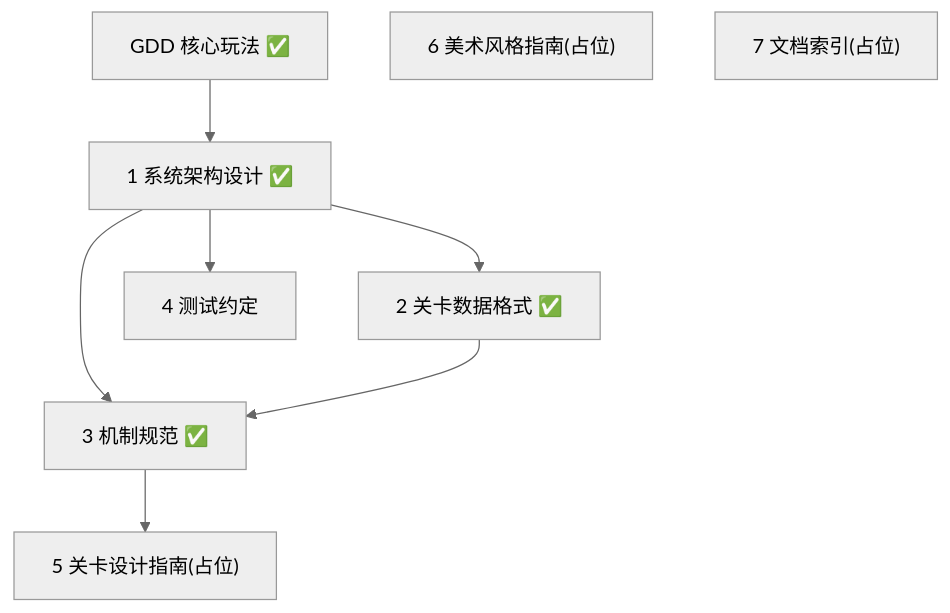
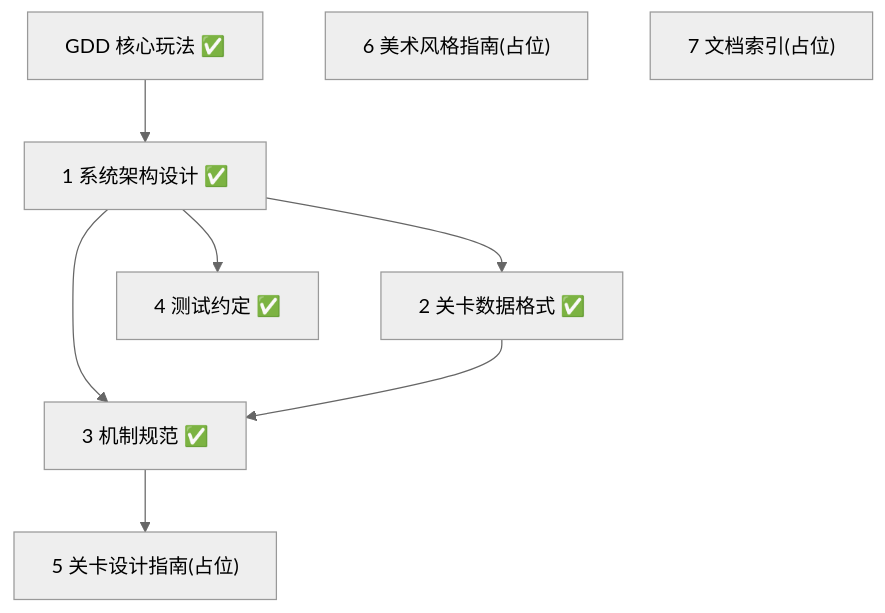
One commit to earneet/monk changed the diagram in docs/superpowers/plans/2026-07-08-documentation-roadmap.md. Above: the diagram before and after it, drawn with Mermaid (neutral theme). The commit also changed other lines of this file, not shown here.

First line of the commit message:
docs: roadmap 标记 Task 4 测试约定完成(核心文档就绪)

````diff
--- a/docs/superpowers/plans/2026-07-08-documentation-roadmap.md
+++ b/docs/superpowers/plans/2026-07-08-documentation-roadmap.md
@@ -40,11 +40,11 @@
 ```mermaid
 flowchart TD
     GDD["GDD 核心玩法 ✅"] --> ARCH["1 系统架构设计 ✅"]
     ARCH --> DATA["2 关卡数据格式 ✅"]
     ARCH --> MECH["3 机制规范 ✅"]
     DATA --> MECH
-    ARCH --> TEST["4 测试约定"]
+    ARCH --> TEST["4 测试约定 ✅"]
     MECH --> LVL["5 关卡设计指南(占位)"]
     ART["6 美术风格指南(占位)"]
     IDX["7 文档索引(占位)"]
 ```
````
